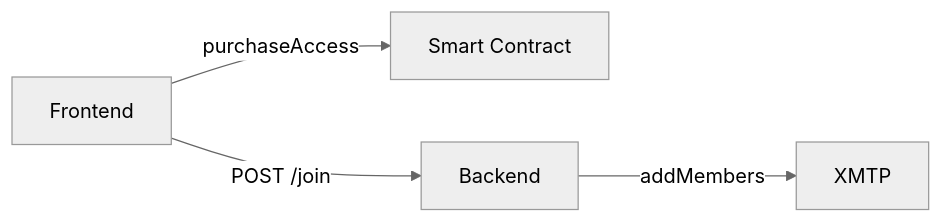
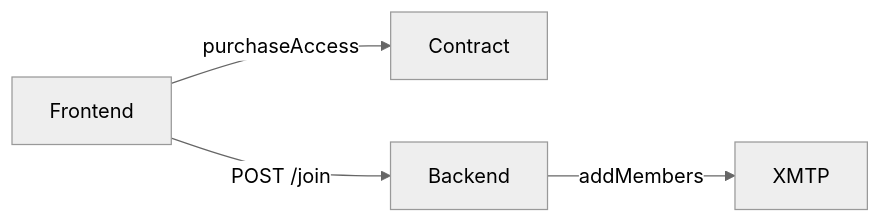
Before and after one commit to templ-fun/templ-evm-protocol: the second of 12 diagrams in CORE_FLOW_DOCS.MD, drawn with Mermaid (neutral theme). The commit also changed other lines of this file, not shown here.

Commit message:
docs(core): standardize mermaid labels

````diff
--- a/CORE_FLOW_DOCS.MD
+++ b/CORE_FLOW_DOCS.MD
@@ -36,6 +36,6 @@
 ```mermaid
 flowchart LR
-    F[Frontend] -->|purchaseAccess| C[Smart Contract]
+    F[Frontend] -->|purchaseAccess| C[Contract]
     F -->|POST /join| B[Backend]
     B -->|addMembers| X[XMTP]
 ```
````
